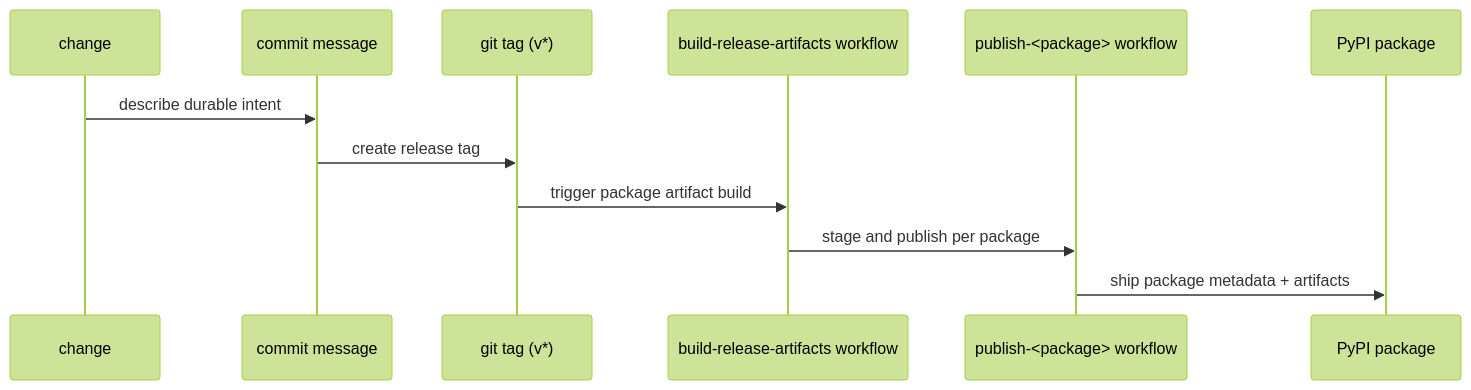
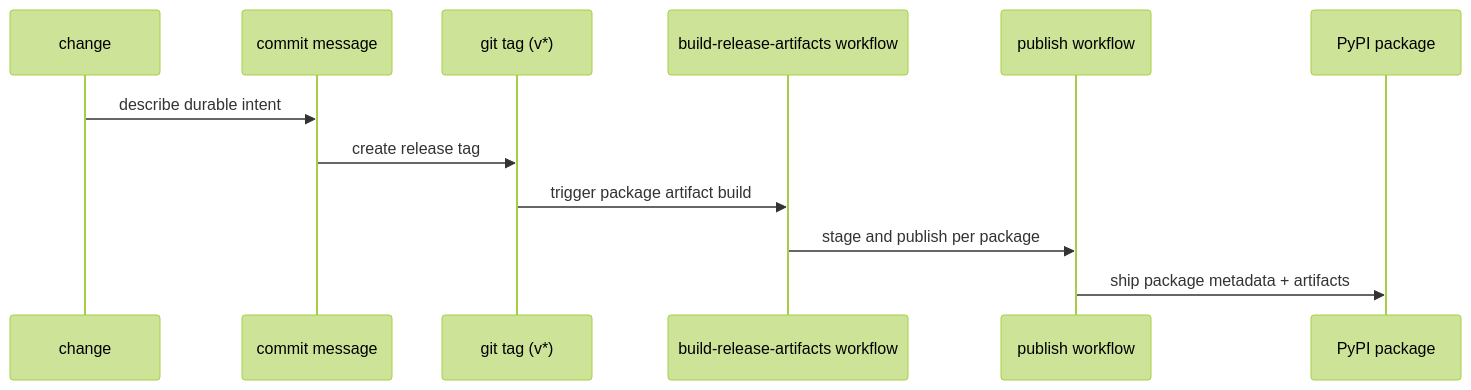
Before and after one commit to bijux/bijux-proteomics: the diagram in docs/bijux-proteomics/release-and-versioning.md, drawn with Mermaid (forest theme). The commit also changed 31 other files, not shown here.

Commit message:
refactor(ci): standardize workflow architecture

````diff
--- a/docs/bijux-proteomics/release-and-versioning.md
+++ b/docs/bijux-proteomics/release-and-versioning.md
@@ -25,15 +25,15 @@
 ```mermaid
 sequenceDiagram
     participant Change as change
     participant Commit as commit message
     participant Tag as git tag (v*)
     participant Build as build-release-artifacts workflow
-    participant Publish as publish-<package> workflow
+    participant Publish as publish workflow
     participant PyPI as PyPI package
 
     Change->>Commit: describe durable intent
     Commit->>Tag: create release tag
     Tag->>Build: trigger package artifact build
     Build->>Publish: stage and publish per package
     Publish->>PyPI: ship package metadata + artifacts
 ```
````
